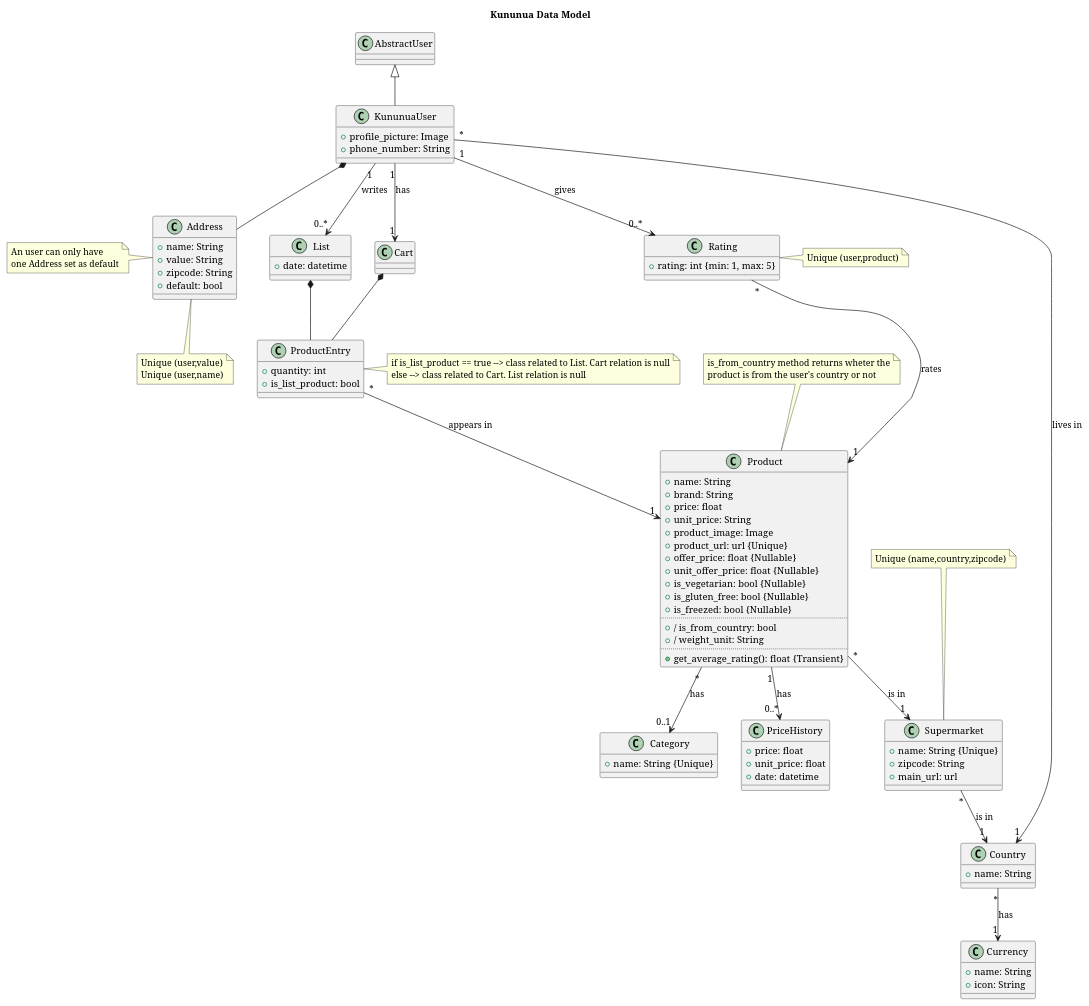
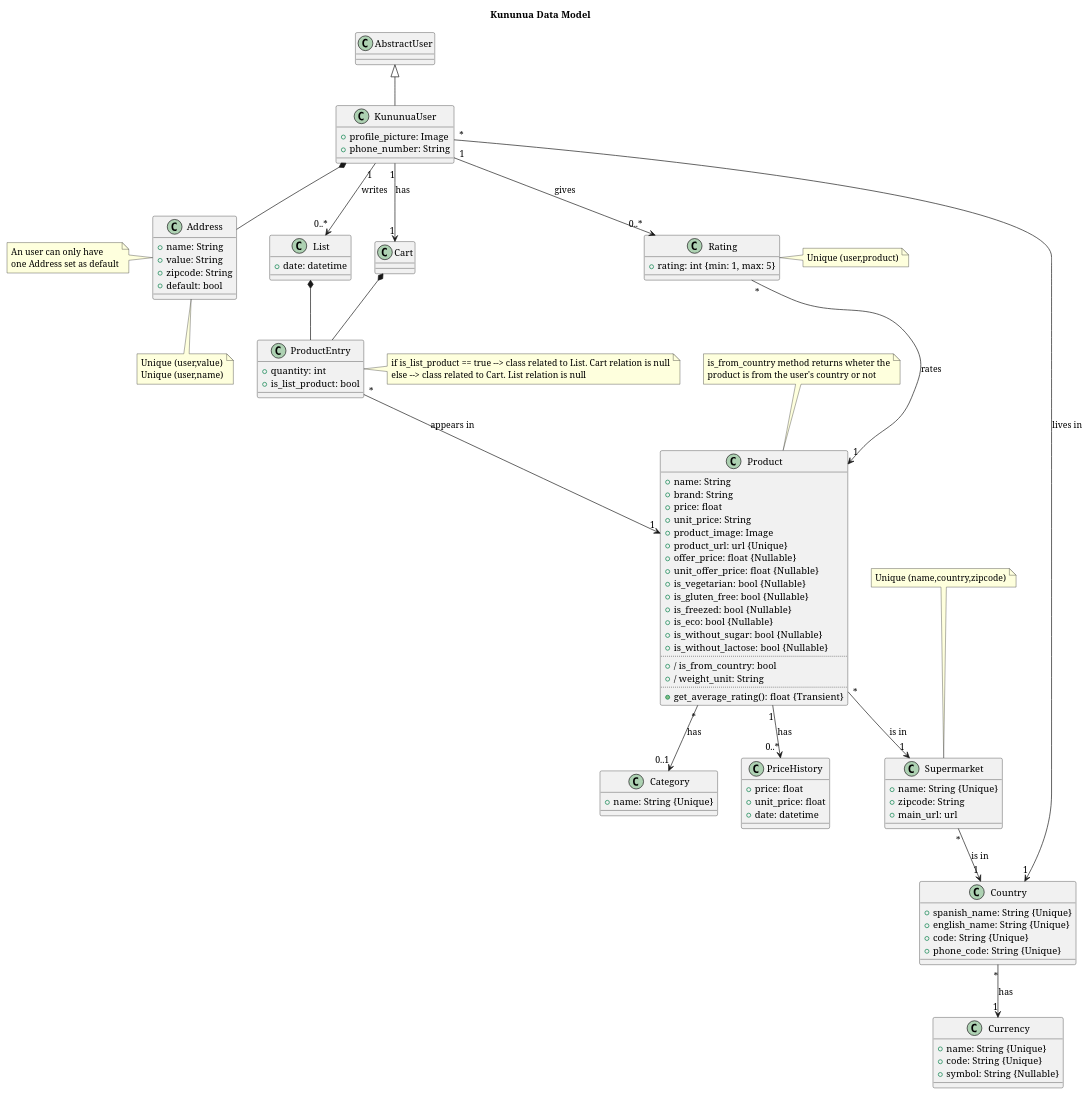
One commit to Kununua/kununua-app changed the diagram in documentation/diagrams/src/data-diagram.wsd. Above: the diagram before and after it, drawn with PlantUML. The commit also changed 24 other files, not shown here.

```diff
--- a/documentation/diagrams/src/data-diagram.wsd
+++ b/documentation/diagrams/src/data-diagram.wsd
@@ -1,132 +1,139 @@
 @startuml KununuaDataModel
 
 ' --------------- CONFIG ----------------
 
 title Kununua Data Model
 '!theme minty
 '!theme materia
 skinparam defaultFontName Serif
 
 ' --------------- CLASSES ----------------
 
 class AbstractUser{}
 
 class KununuaUser{
     +profile_picture: Image
     +phone_number: String
 }
 
 class Country{
-    +name: String
+    +spanish_name: String {Unique}
+    +english_name: String {Unique}
+    +code: String {Unique}
+    +phone_code: String {Unique}
 }
 
 class Currency{
-    +name: String
-    +icon: String
+    +name: String {Unique}
+    +code: String {Unique}
+    +symbol: String {Nullable}
 }
 
 class Address{
     +name: String
     +value: String
     +zipcode: String
     +default: bool
 }
 
 class Product{
     +name: String
     +brand: String
     +price: float
     +unit_price: String
     +product_image: Image
     +product_url: url {Unique}
     +offer_price: float {Nullable}
     +unit_offer_price: float {Nullable}
     +is_vegetarian: bool {Nullable}
     +is_gluten_free: bool {Nullable}
     +is_freezed: bool {Nullable}
+    +is_eco: bool {Nullable}
+    +is_without_sugar: bool {Nullable}
+    +is_without_lactose: bool {Nullable}
     ..
     + / is_from_country: bool
     + / weight_unit: String
     ..
     +get_average_rating(): float {Transient}
 }
 
 class Category{
     +name: String {Unique}
 }
 
 class Supermarket{
     +name: String {Unique}
     +zipcode: String
     +main_url: url
 }
 
 class Rating{
     +rating: int {min: 1, max: 5}
 }
 
 class PriceHistory{
     +price: float
     +unit_price: float
     +date: datetime
 }
 
 class List{
     +date: datetime
 }
 
 class Cart{}
 
 class ProductEntry{
     +quantity: int
     +is_list_product: bool
 }
 
 ' --------------- NOTES ----------------
 note left of Address 
 An user can only have 
 one Address set as default
 end note
 
 note bottom of Address 
 Unique (user,value)
 Unique (user,name)
 end note
 
 note top of Product
 is_from_country method returns wheter the
 product is from the user's country or not
 end note
 
 note top of Supermarket
 Unique (name,country,zipcode)
 end note
 
 note right of Rating
 Unique (user,product)
 end note
 
 note right of ProductEntry
 if is_list_product == true --> class related to List. Cart relation is null
 else --> class related to Cart. List relation is null
 end note
 
 ' --------------- RELATIONS ----------------
 
 AbstractUser <|-- KununuaUser
 KununuaUser *-- Address
 KununuaUser "*" --> "1" Country: lives in
 KununuaUser "1" --> "0..*" Rating: gives
 KununuaUser "1" --> "0..*" List: writes
 KununuaUser "1" --> "1" Cart: has
 Country "*" --> "1" Currency: has
 Product "*" --> "0..1" Category: has
 Product "*" --> "1" Supermarket: is in
 Product "1" --> "0..*" PriceHistory: has
 Supermarket "*" --> "1" Country: is in
 Rating "*" --> "1" Product: rates
 List *-- ProductEntry
 Cart *-- ProductEntry
 ProductEntry "*" --> "1" Product: appears in
 
 @enduml
```
